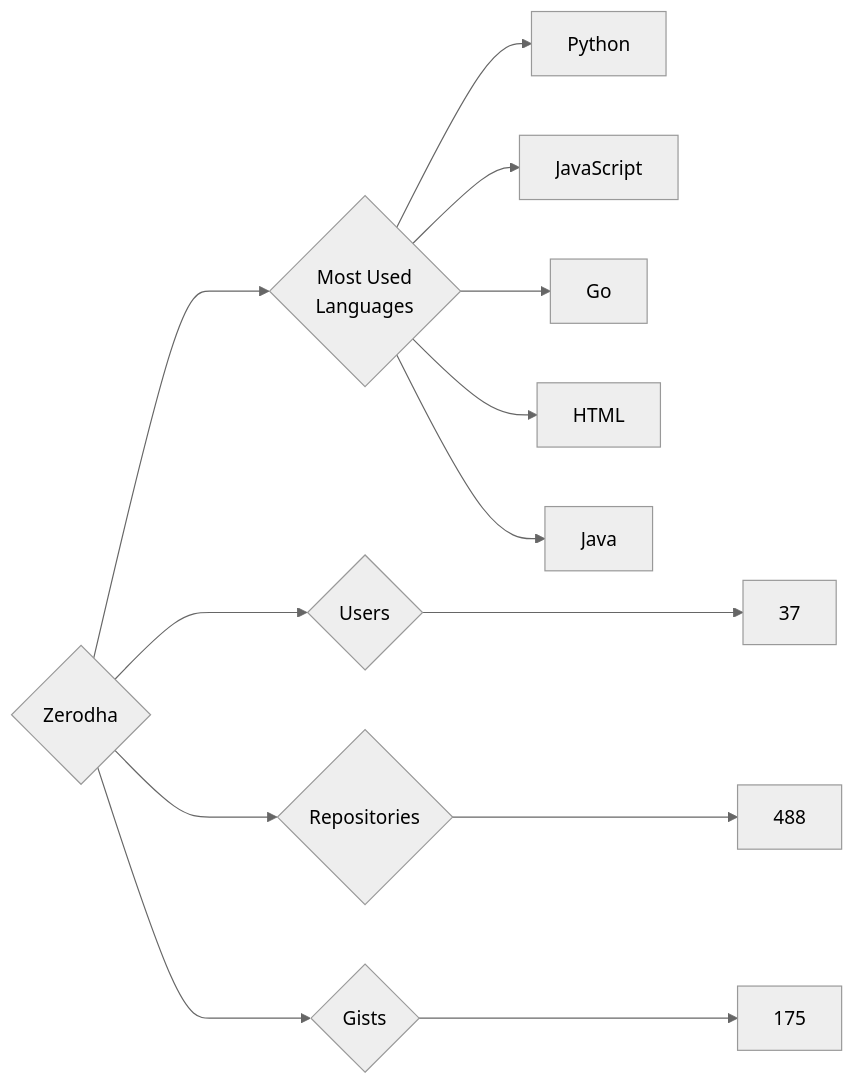
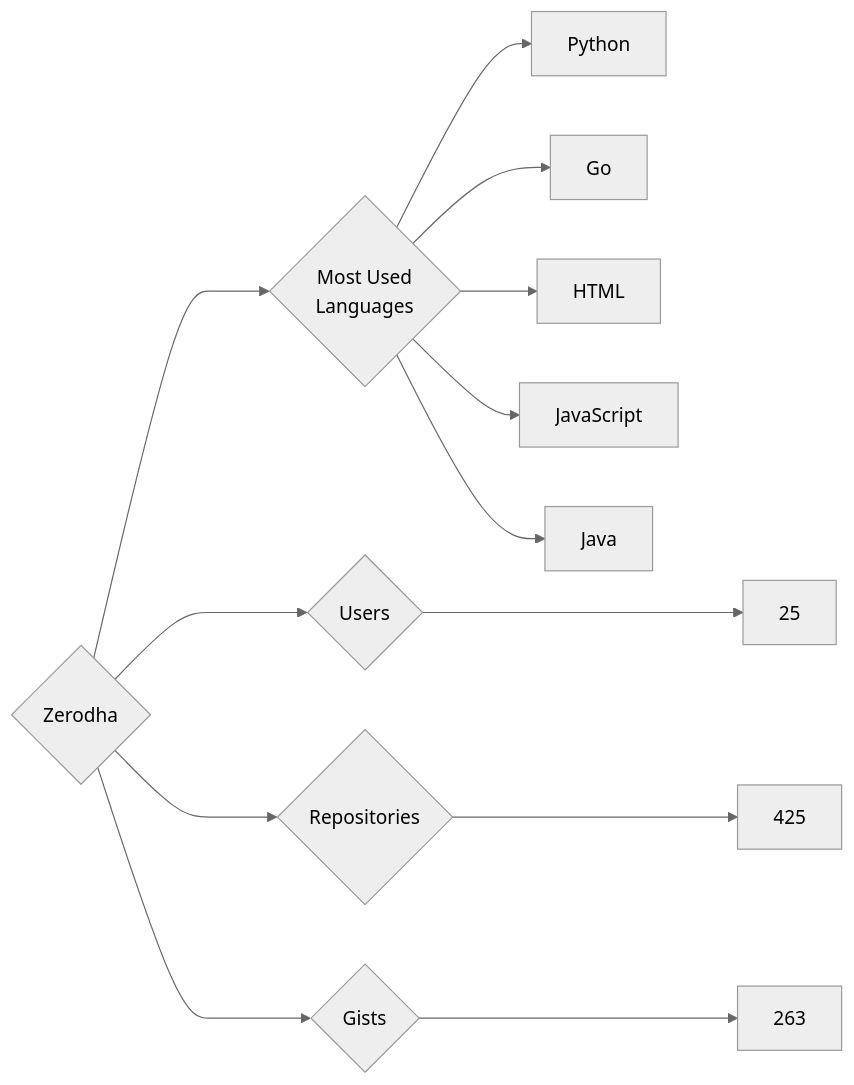
One commit to trickest/insiders changed the diagram in targets/Zerodha/README.md. Above: the diagram before and after it, drawn with Mermaid (neutral theme). The commit also changed 1508 other files, not shown here.

````diff
--- a/targets/Zerodha/README.md
+++ b/targets/Zerodha/README.md
@@ -3,13 +3,13 @@
 ```mermaid
 graph LR
 COMPANY_NAME{Zerodha}
-COMPANY_NAME ---> U{Users} ---> UN[37]
-COMPANY_NAME ---> R{Repositories} ---> RN[488]
-COMPANY_NAME ---> G{Gists} ---> GN[175]
+COMPANY_NAME ---> U{Users} ---> UN[25]
+COMPANY_NAME ---> R{Repositories} ---> RN[425]
+COMPANY_NAME ---> G{Gists} ---> GN[263]
 COMPANY_NAME ---> ML{Most Used<br>Languages}
 ML --> Python[Python]
-ML --> JavaScript[JavaScript]
 ML --> Go[Go]
 ML --> HTML[HTML]
+ML --> JavaScript[JavaScript]
 ML --> Java[Java]
 ```
````
